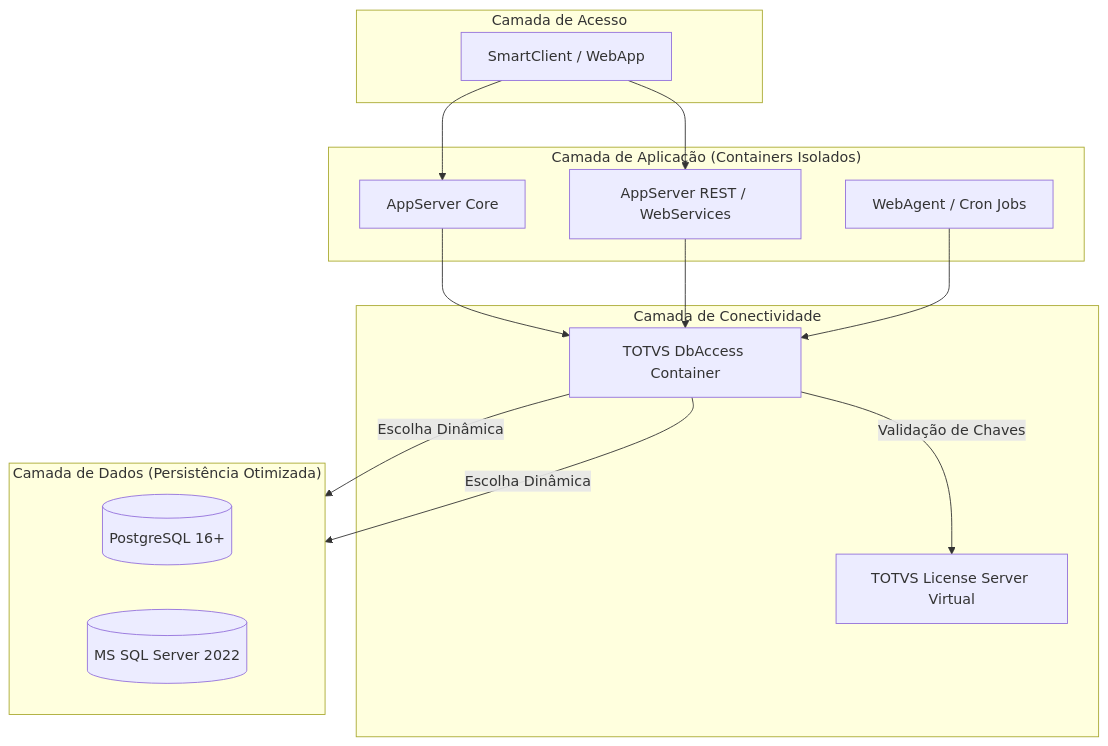
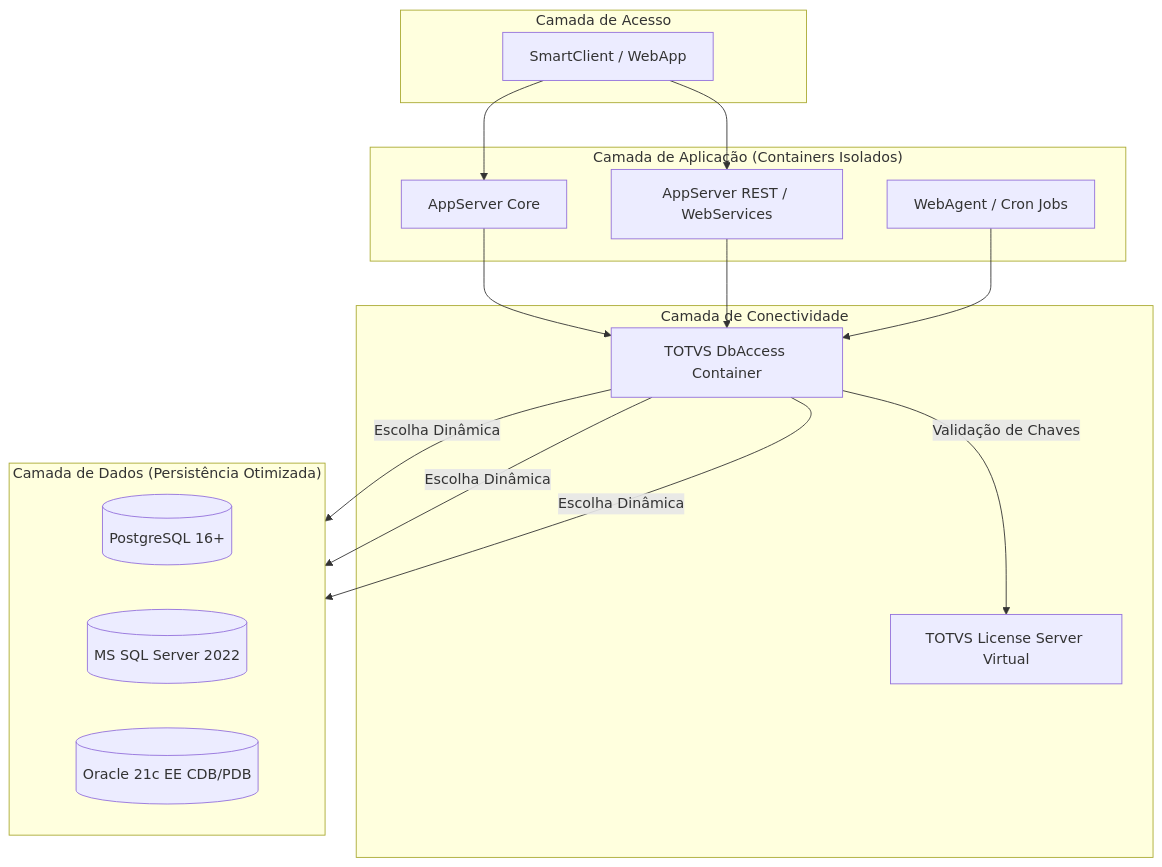
The diagram in README.md (rodrigomicrosiga/totvs-protheus-modern-devops), drawn with Mermaid before and after one commit. The commit also changed other lines of this file and 9 other files, not shown here.

````diff
--- a/README.md
+++ b/README.md
@@ -13,32 +13,34 @@
 ```mermaid
 graph TD
     subgraph Cliente ["Camada de Acesso"]
         SC[SmartClient / WebApp]
     end
 
     subgraph Core ["Camada de Aplicação (Containers Isolados)"]
         APP[AppServer Core]
         WR[AppServer REST / WebServices]
         WA[WebAgent / Cron Jobs]
     end
 
     subgraph Integration ["Camada de Conectividade"]
         DBA[TOTVS DbAccess Container]
         LIC[TOTVS License Server Virtual]
     end
 
     subgraph Data ["Camada de Dados (Persistência Otimizada)"]
         direction LR
         PG[(PostgreSQL 16+)]
         MS[(MS SQL Server 2022)]
+        OR[(Oracle 21c EE CDB/PDB)]
     end
 
     SC --> APP
     SC --> WR
     APP --> DBA
     WR --> DBA
     WA --> DBA
     DBA -->|Validação de Chaves| LIC
     DBA -->|Escolha Dinâmica| PG
     DBA -->|Escolha Dinâmica| MS
+    DBA -->|Escolha Dinâmica| OR
 ```
````
